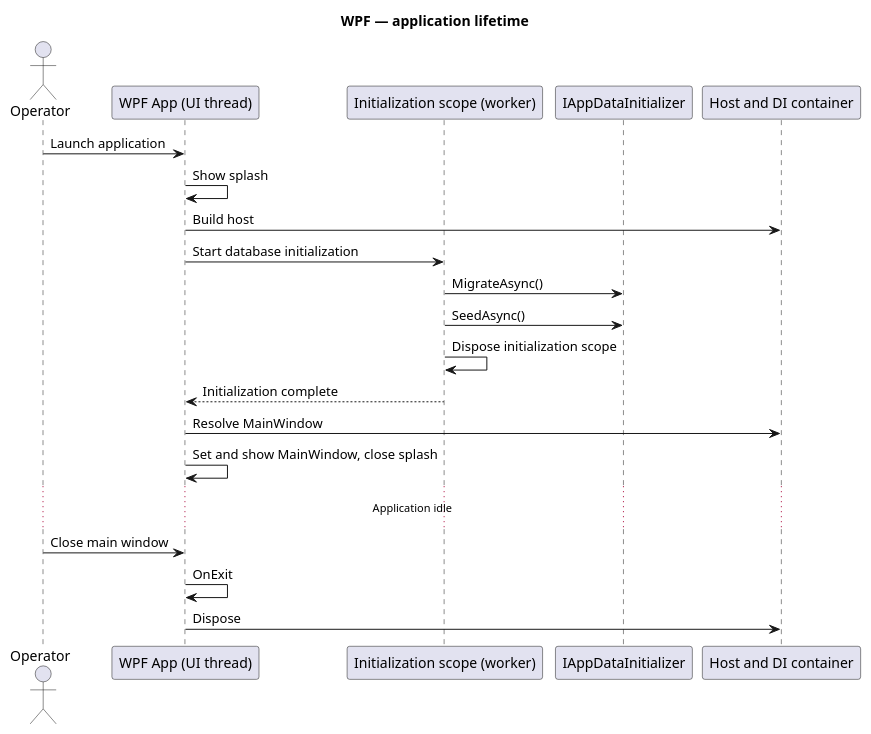
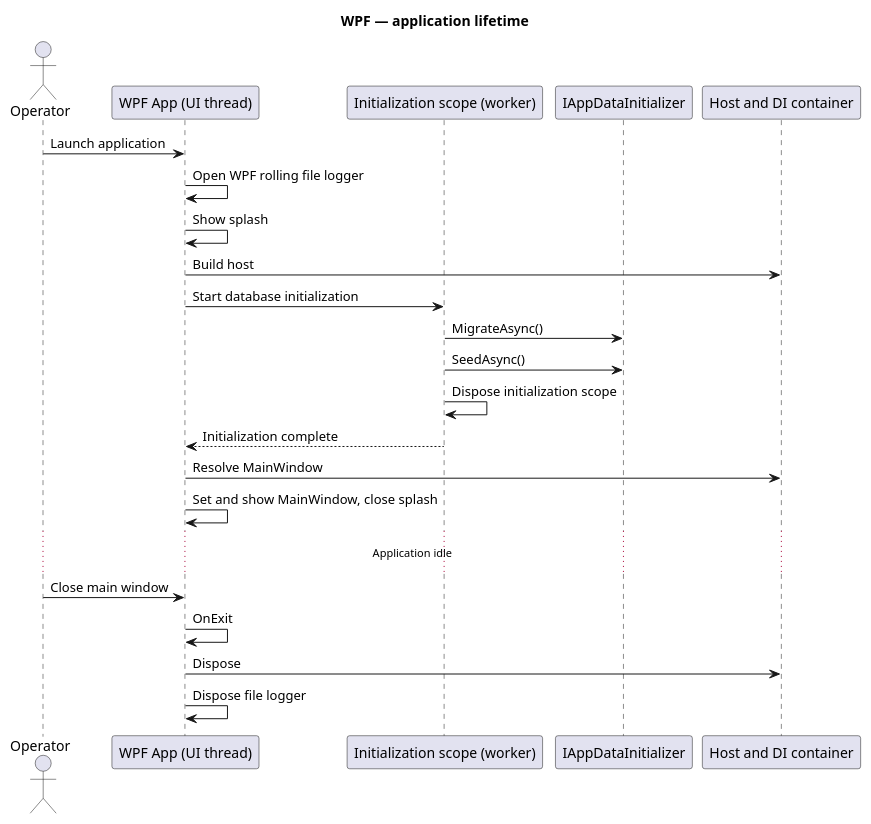
The diagram in docs/behavioral/diagrams/wpf-lifetime.puml (EbbeMeloSorensen/Smurfs), drawn with PlantUML before and after one commit. The commit also changed 10 other files, not shown here.

```diff
--- a/docs/behavioral/diagrams/wpf-lifetime.puml
+++ b/docs/behavioral/diagrams/wpf-lifetime.puml
@@ -1,23 +1,25 @@
 @startuml
 title WPF — application lifetime
 actor Operator
 participant "WPF App (UI thread)" as App
 participant "Initialization scope (worker)" as Worker
 participant IAppDataInitializer as Setup
 participant "Host and DI container" as Host
 
 Operator -> App : Launch application
+App -> App : Open WPF rolling file logger
 App -> App : Show splash
 App -> Host : Build host
 App -> Worker : Start database initialization
 Worker -> Setup : MigrateAsync()
 Worker -> Setup : SeedAsync()
 Worker -> Worker : Dispose initialization scope
 Worker --> App : Initialization complete
 App -> Host : Resolve MainWindow
 App -> App : Set and show MainWindow, close splash
 ... Application idle ...
 Operator -> App : Close main window
 App -> App : OnExit
 App -> Host : Dispose
+App -> App : Dispose file logger
 @enduml
```
